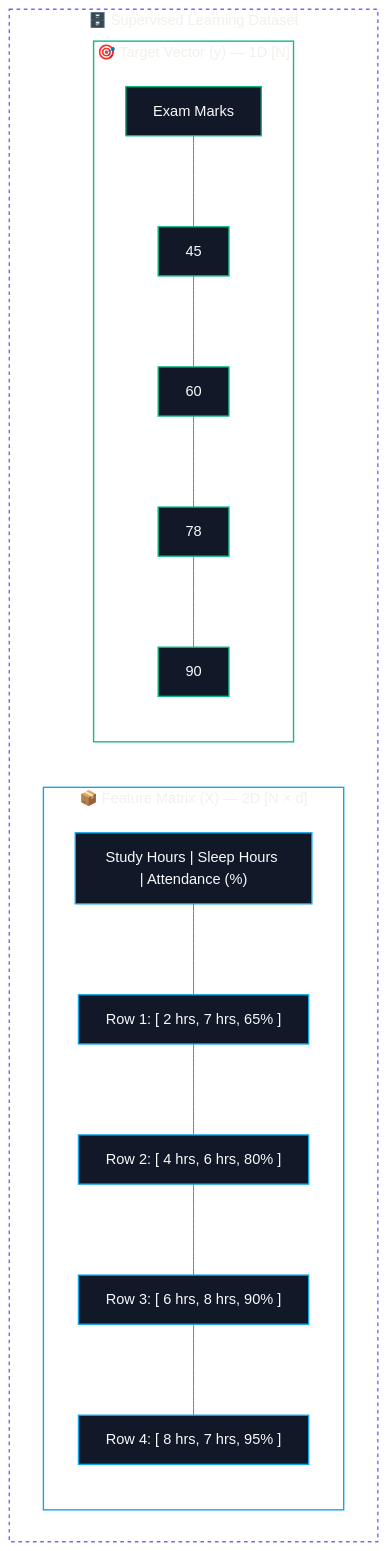
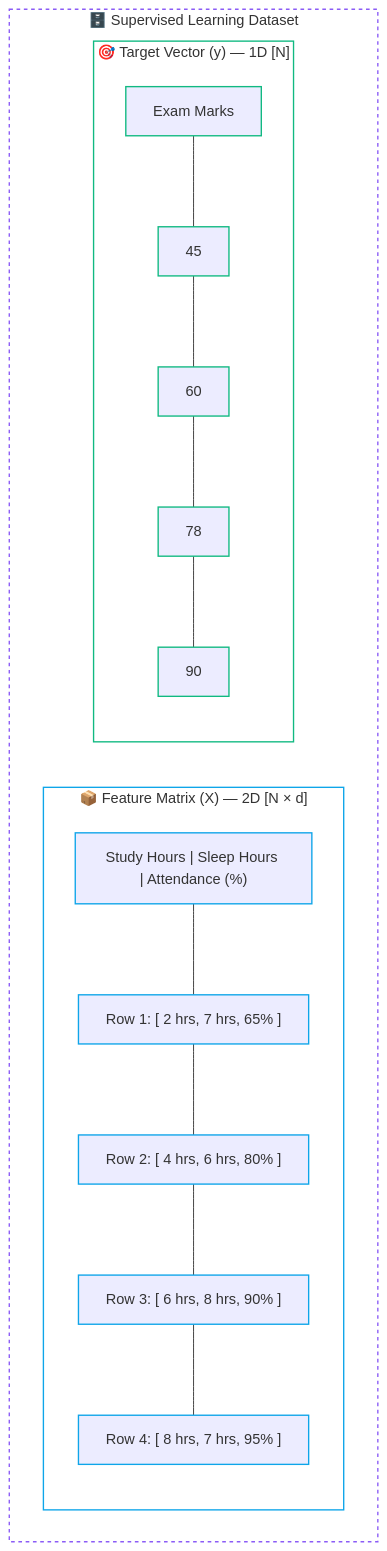
One commit to abhinavbharti2345/CS_Notes changed the first of 2 diagrams in CS/AI & ML/01. Classical ML/03. Features, Targets, and Datasets.md. Above: the diagram before and after it, drawn with Mermaid. The commit also changed other lines of this file and 91 other files, not shown here.

````diff
--- a/CS/AI & ML/01. Classical ML/03. Features, Targets, and Datasets.md
+++ b/CS/AI & ML/01. Classical ML/03. Features, Targets, and Datasets.md
@@ -35,36 +35,35 @@
 ```mermaid
-%%{init: {'theme': 'base', 'themeVariables': { 'darkMode': true, 'background': '#0B0F14', 'mainBkg': '#111827', 'primaryColor': '#111827', 'primaryTextColor': '#F8FAFC', 'primaryBorderColor': '#38BDF8', 'lineColor': '#64748B', 'secondaryColor': '#0B0F14', 'tertiaryColor': '#0B0F14', 'clusterBkg': '#0B0F14', 'clusterBorder': '#38BDF8' }}}%%
 flowchart TD
     subgraph FullData ["🗄️ Supervised Learning Dataset"]
         direction LR
         subgraph XMatrix ["📦 Feature Matrix (X) — 2D [N × d]"]
             direction TB
             H1["Study Hours | Sleep Hours | Attendance (%)"]
             R1["Row 1: [ 2 hrs, 7 hrs, 65% ]"]
             R2["Row 2: [ 4 hrs, 6 hrs, 80% ]"]
             R3["Row 3: [ 6 hrs, 8 hrs, 90% ]"]
             R4["Row 4: [ 8 hrs, 7 hrs, 95% ]"]
             H1 --- R1 --- R2 --- R3 --- R4
         end
         
         subgraph YVector ["🎯 Target Vector (y) — 1D [N]"]
             direction TB
             HY["Exam Marks"]
             Y1["45"]
             Y2["60"]
             Y3["78"]
             Y4["90"]
             HY --- Y1 --- Y2 --- Y3 --- Y4
         end
     end
 
     style FullData fill:none,stroke:#8b5cf6,stroke-width:1.5px,stroke-dasharray:4 4
     style XMatrix fill:none,stroke:#0ea5e9,stroke-width:1.5px
     style YVector fill:none,stroke:#10b981,stroke-width:1.5px
 
-    classDef xNode fill:#111827,stroke:#0ea5e9,stroke-width:1.5px,color:#F8FAFC;
-    classDef yNode fill:#111827,stroke:#10b981,stroke-width:1.5px,color:#F8FAFC;
+    classDef xNode stroke:#0ea5e9,stroke-width:1.5px;
+    classDef yNode stroke:#10b981,stroke-width:1.5px;
 
     class H1,R1,R2,R3,R4 xNode;
     class HY,Y1,Y2,Y3,Y4 yNode;
 ```
````
